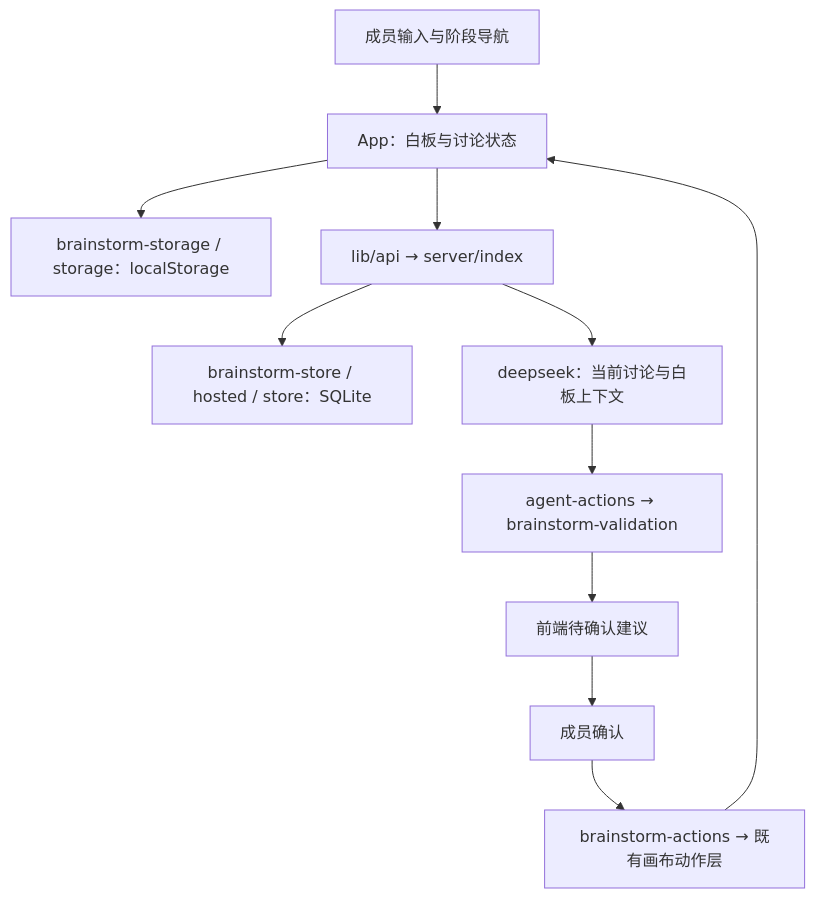
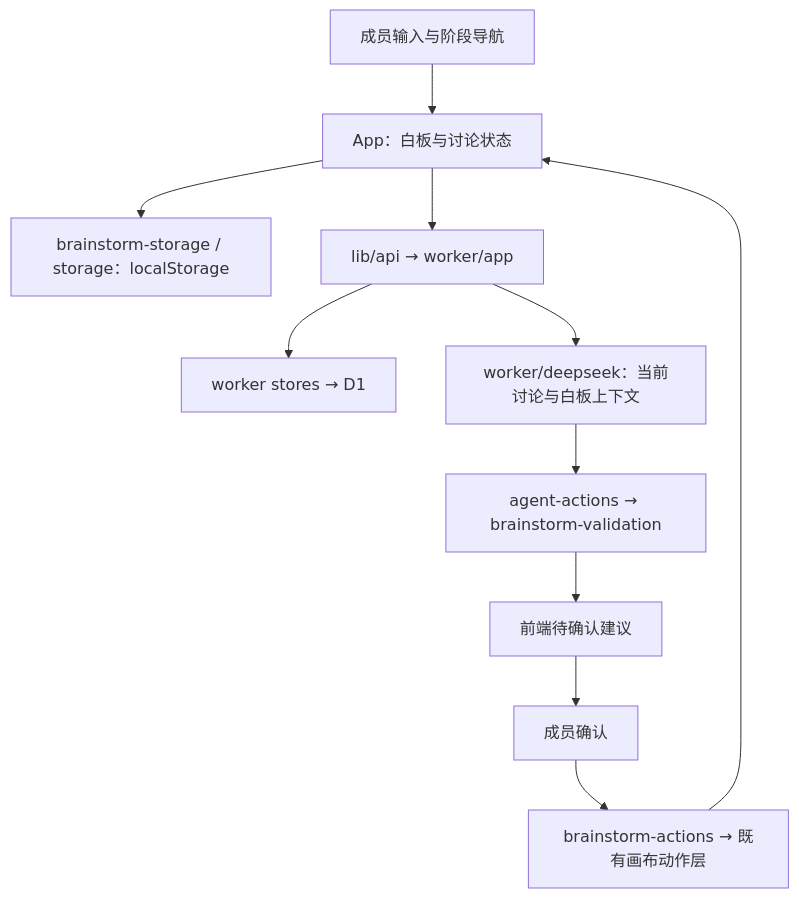
Before and after one commit to LiiiZnCu/-agent: the diagram in ARCHITECTURE.md, drawn with Mermaid. The commit also changed other lines of this file and 9 other files, not shown here.

````diff
--- a/ARCHITECTURE.md
+++ b/ARCHITECTURE.md
@@ -48,13 +63,13 @@
 ```mermaid
 flowchart TD
   Input["成员输入与阶段导航"] --> App["App：白板与讨论状态"]
   App --> Local["brainstorm-storage / storage：localStorage"]
-  App --> API["lib/api → server/index"]
-  API --> Store["brainstorm-store / hosted / store：SQLite"]
-  API --> Model["deepseek：当前讨论与白板上下文"]
+  App --> API["lib/api → worker/app"]
+  API --> Store["worker stores → D1"]
+  API --> Model["worker/deepseek：当前讨论与白板上下文"]
   Model --> Check["agent-actions → brainstorm-validation"]
   Check --> Pending["前端待确认建议"]
   Pending --> Human["成员确认"]
   Human --> Apply["brainstorm-actions → 既有画布动作层"]
   Apply --> App
 ```
````
